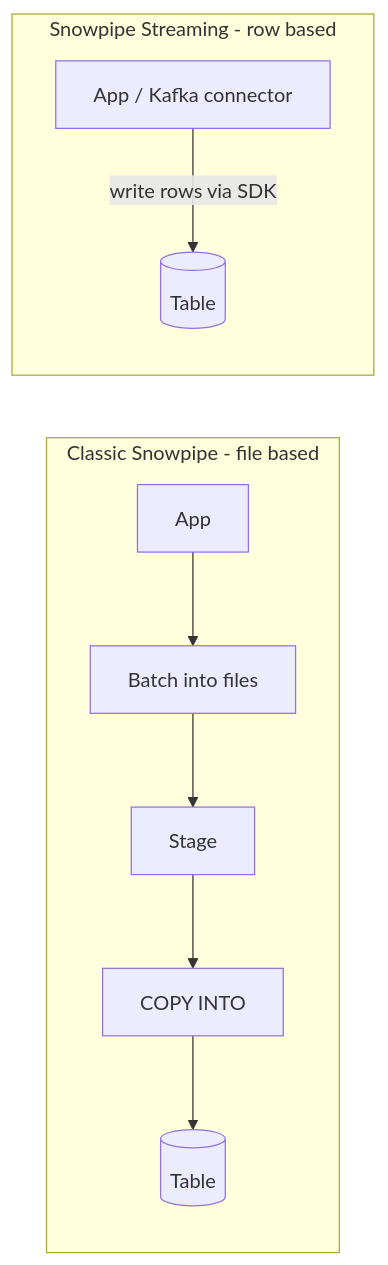
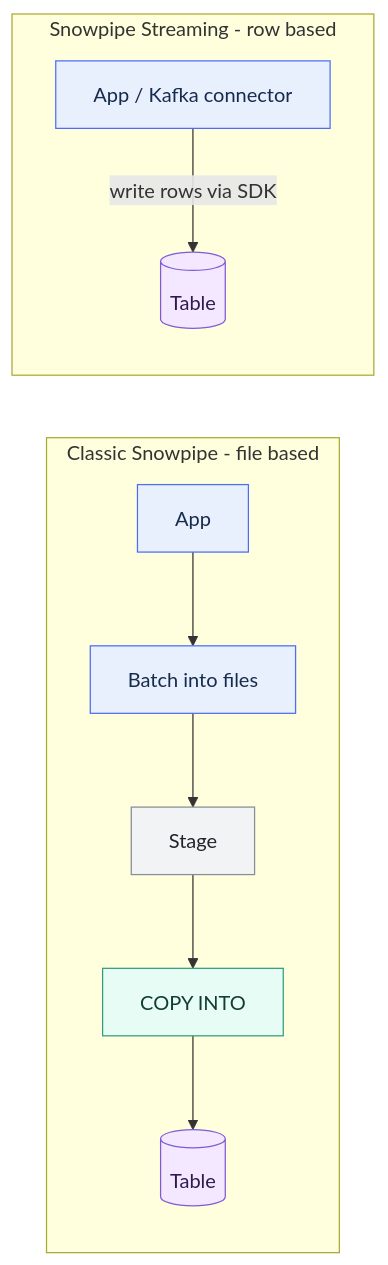
Before and after one commit to shonningsoy/Upskill: the diagram in 01 Snowflake/04 Data Engineering/23 Snowpipe Streaming.md, drawn with Mermaid. The commit also changed other lines of this file and 14 other files, not shown here.

````diff
--- a/01 Snowflake/04 Data Engineering/23 Snowpipe Streaming.md
+++ b/01 Snowflake/04 Data Engineering/23 Snowpipe Streaming.md
@@ -60,9 +63,19 @@
 ```mermaid
 flowchart LR
     subgraph Classic[Classic Snowpipe - file based]
         A[App] --> B[Batch into files] --> C[Stage] --> D[COPY INTO] --> E[(Table)]
     end
     subgraph Streaming[Snowpipe Streaming - row based]
         F[App / Kafka connector] -->|write rows via SDK| G[(Table)]
     end
+
+    classDef input fill:#E8F0FE,stroke:#4C6EF5,color:#172B4D
+    classDef control fill:#FFF3BF,stroke:#D69E2E,color:#3D2E00
+    classDef snowflake fill:#E6FCF5,stroke:#2F9E7B,color:#123C34
+    classDef platform fill:#F1F3F5,stroke:#868E96,color:#212529
+    classDef output fill:#F3E8FF,stroke:#805AD5,color:#2D1B4E
+    class A,B,F input
+    class C platform
+    class D snowflake
+    class E,G output
 ```
````
